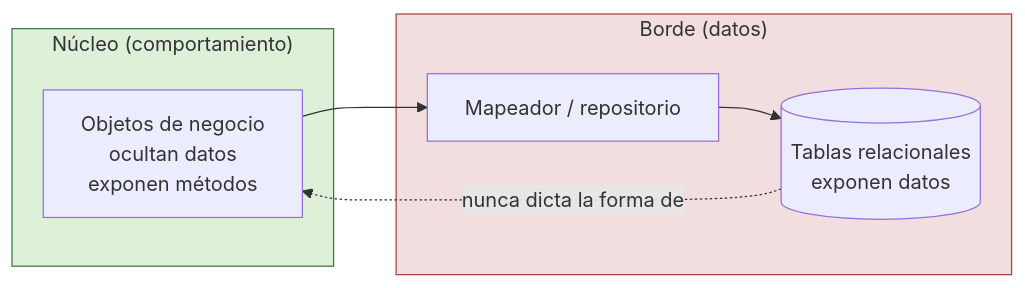
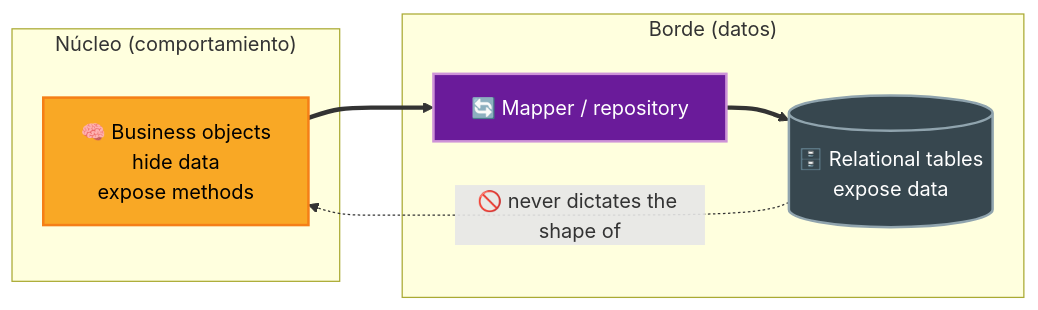
The second of 2 diagrams in 11-detalles-aplazables/04-datos-vs-objetos.md (JavierMachucaA/clean-architecture-guia), drawn with Mermaid before and after one commit. The commit also changed other lines of this file and 45 other files, not shown here.

````diff
--- a/11-detalles-aplazables/04-datos-vs-objetos.md
+++ b/11-detalles-aplazables/04-datos-vs-objetos.md
@@ -34,15 +31,16 @@
 ```mermaid
 flowchart LR
     subgraph NUCLEO["Núcleo (comportamiento)"]
-      OBJ["Objetos de negocio<br/>ocultan datos<br/>exponen métodos"]
+      OBJ["🧠 Business objects<br/>hide data<br/>expose methods"]
     end
     subgraph BORDE["Borde (datos)"]
-      MAP["Mapeador / repositorio"]
-      REL[("Tablas relacionales<br/>exponen datos")]
+      MAP["🔄 Mapper / repository"]
+      REL[("🗄️ Relational tables<br/>expose data")]
     end
-    OBJ --> MAP
-    MAP --> REL
-    REL -. nunca dicta la forma de .-> OBJ
-    style NUCLEO fill:#dff0d8,stroke:#3c763d
-    style BORDE fill:#f2dede,stroke:#a94442
+    OBJ ==> MAP
+    MAP ==> REL
+    REL -. 🚫 never dictates the shape of .-> OBJ
+    style OBJ fill:#f9a825,stroke:#f57f17,color:#000,stroke-width:2px
+    style MAP fill:#6a1b9a,stroke:#ce93d8,color:#fff,stroke-width:2px
+    style REL fill:#37474f,stroke:#90a4ae,color:#fff,stroke-width:2px
 ```
````
